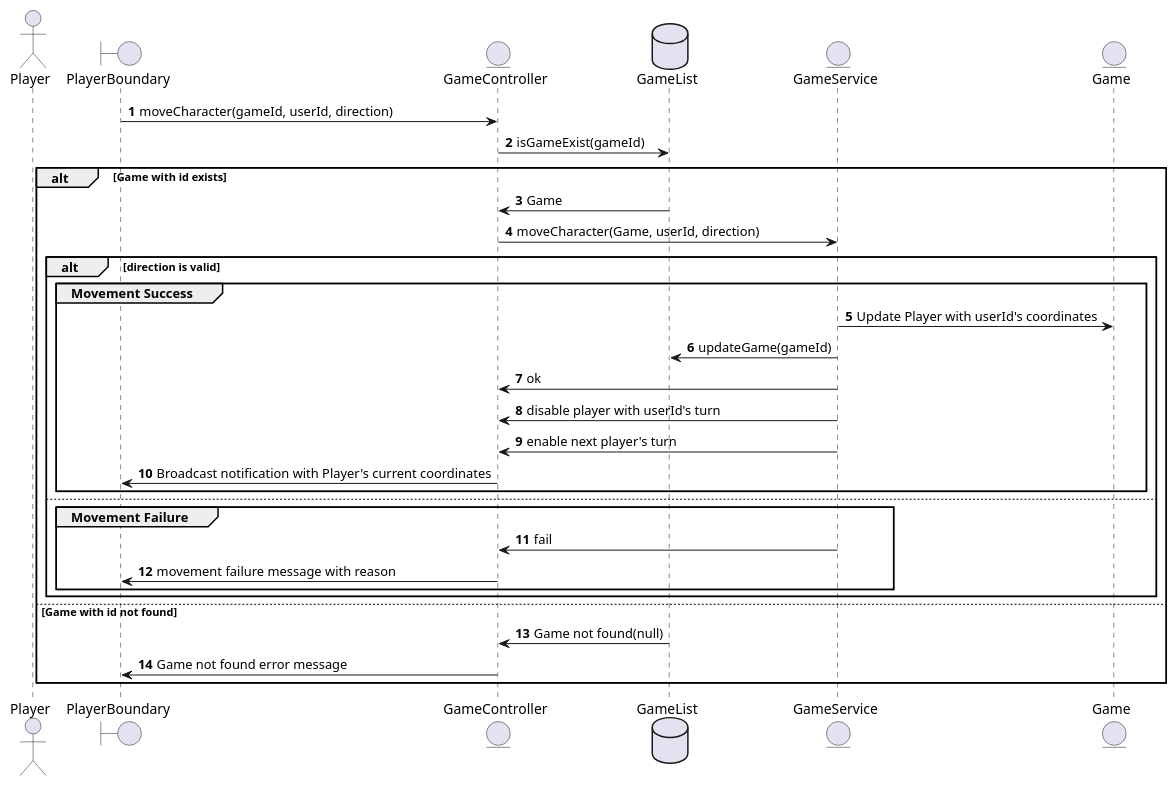
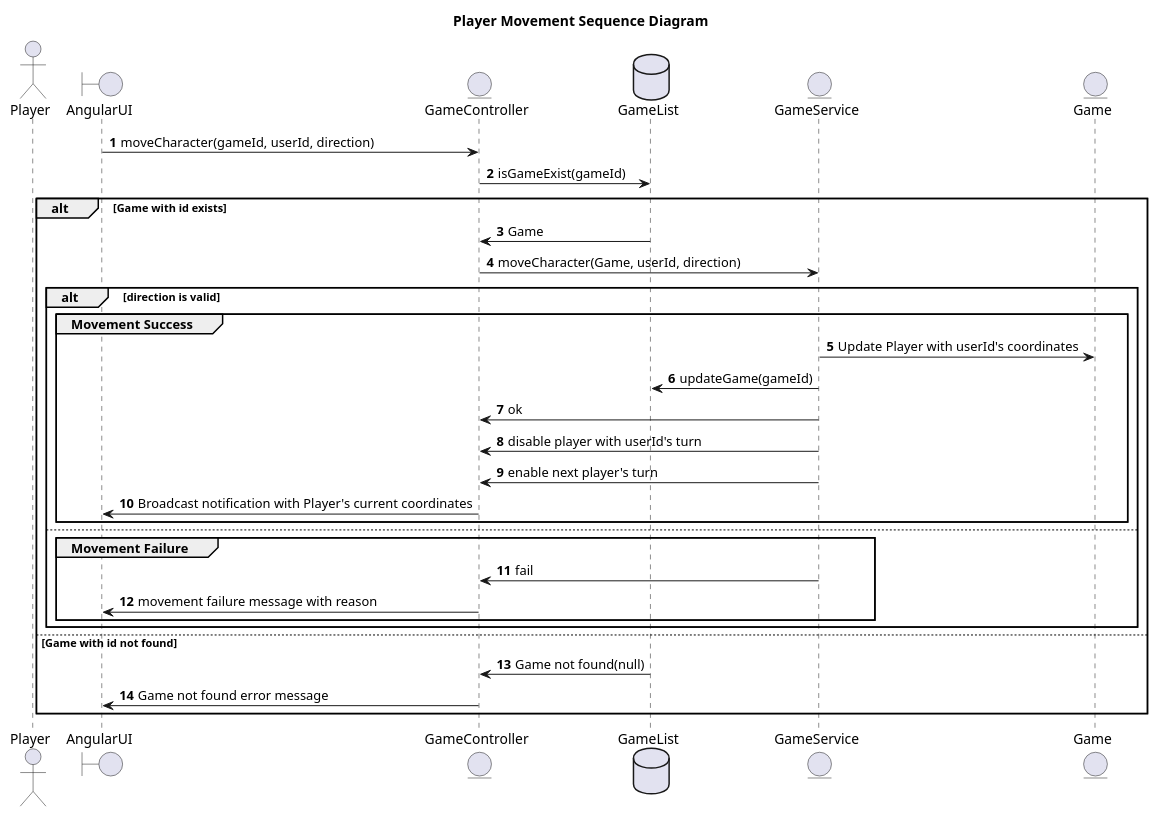
Before and after one commit to gurmsc5/Clue-Less: the diagram in clue-less-backend/movement.puml, drawn with PlantUML. The commit also changed 6 other files, not shown here.

Commit message:
Added titles for all UML seq diagrams

```diff
--- a/clue-less-backend/movement.puml
+++ b/clue-less-backend/movement.puml
@@ -1,36 +1,38 @@
 @startuml
+
+title Player Movement Sequence Diagram
 
 autonumber
 actor Player
-boundary PlayerBoundary
+boundary AngularUI
 entity GameController
 
-PlayerBoundary -> GameController: moveCharacter(gameId, userId, direction)
+AngularUI -> GameController: moveCharacter(gameId, userId, direction)
 database GameList
 entity GameService
 entity Game
 GameController -> GameList: isGameExist(gameId)
 
 alt Game with id exists
     GameList -> GameController: Game
     GameController -> GameService: moveCharacter(Game, userId, direction)
     alt direction is valid
         group Movement Success
             GameService -> Game: Update Player with userId's coordinates
             GameService -> GameList: updateGame(gameId)
             GameService -> GameController: ok
             GameService -> GameController: disable player with userId's turn
             GameService -> GameController: enable next player's turn
-            GameController -> PlayerBoundary: Broadcast notification with Player's current coordinates
+            GameController -> AngularUI: Broadcast notification with Player's current coordinates
         end
     else
         group Movement Failure
             GameService -> GameController: fail
-            GameController -> PlayerBoundary: movement failure message with reason
+            GameController -> AngularUI: movement failure message with reason
         end
     end
 else Game with id not found
     GameList -> GameController: Game not found(null)
-    GameController -> PlayerBoundary: Game not found error message
+    GameController -> AngularUI: Game not found error message
 end
 @enduml
```
